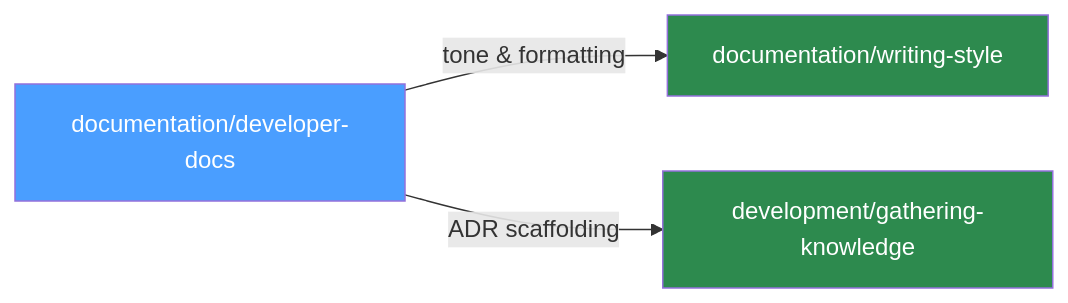
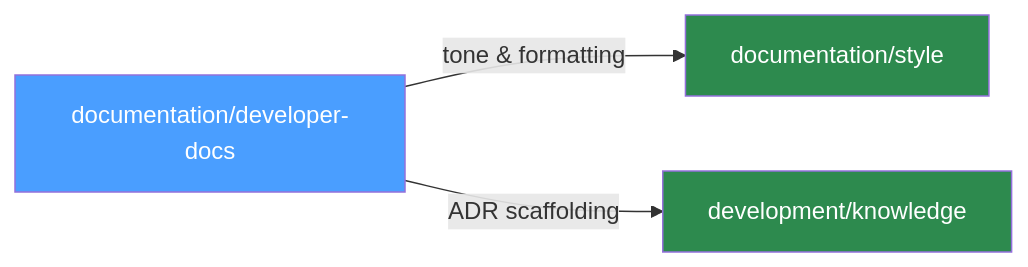
One commit to lucasilverentand/skills changed the third of 9 diagrams in docs/SKILL-TAXONOMY.md. Above: the diagram before and after it, drawn with Mermaid. The commit also changed other lines of this file and 304 other files, not shown here.

````diff
--- a/docs/SKILL-TAXONOMY.md
+++ b/docs/SKILL-TAXONOMY.md
@@ -88,8 +88,8 @@
 ```mermaid
 flowchart LR
-  A[documentation/developer-docs] -->|"tone & formatting"| B[documentation/writing-style]
-  A -->|"ADR scaffolding"| C[development/gathering-knowledge]
+  A[documentation/developer-docs] -->|"tone & formatting"| B[documentation/style]
+  A -->|"ADR scaffolding"| C[development/knowledge]
   style A fill:#4a9eff,color:#fff
   style B fill:#2d8a4e,color:#fff
   style C fill:#2d8a4e,color:#fff
 ```
````
